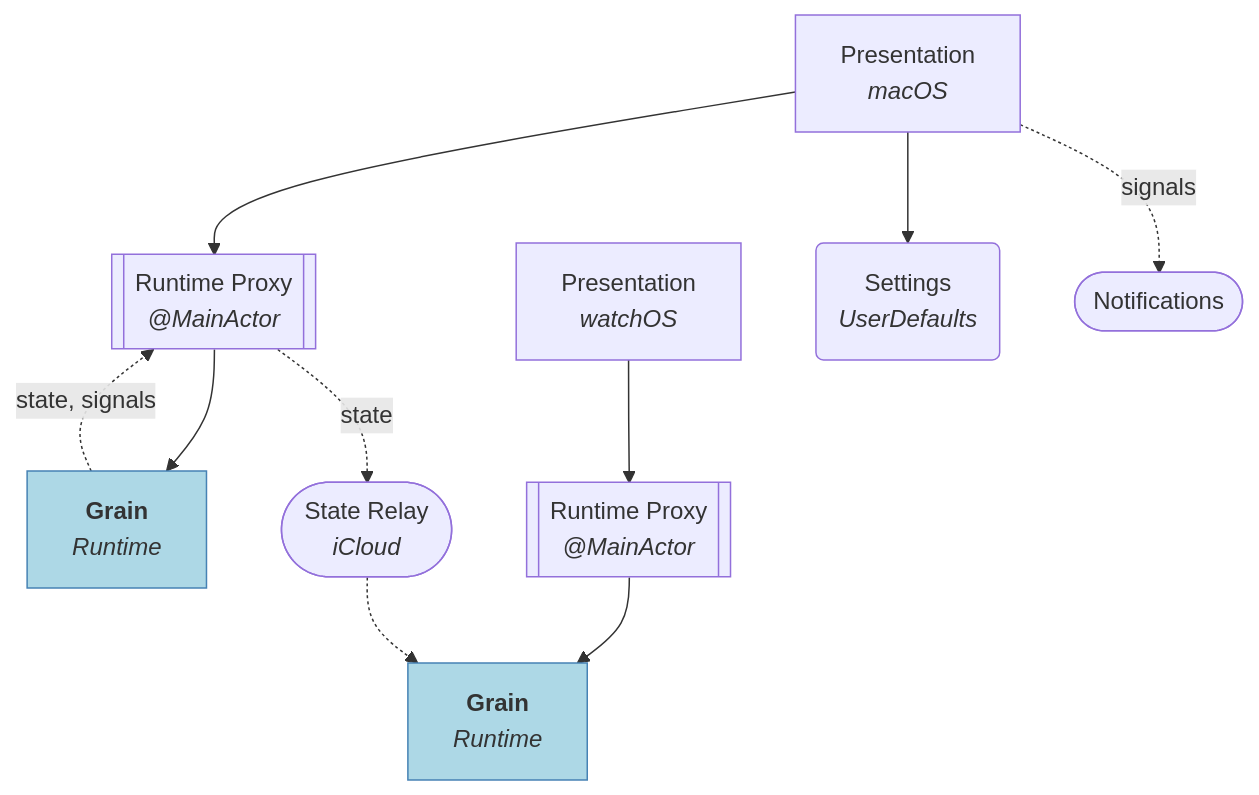
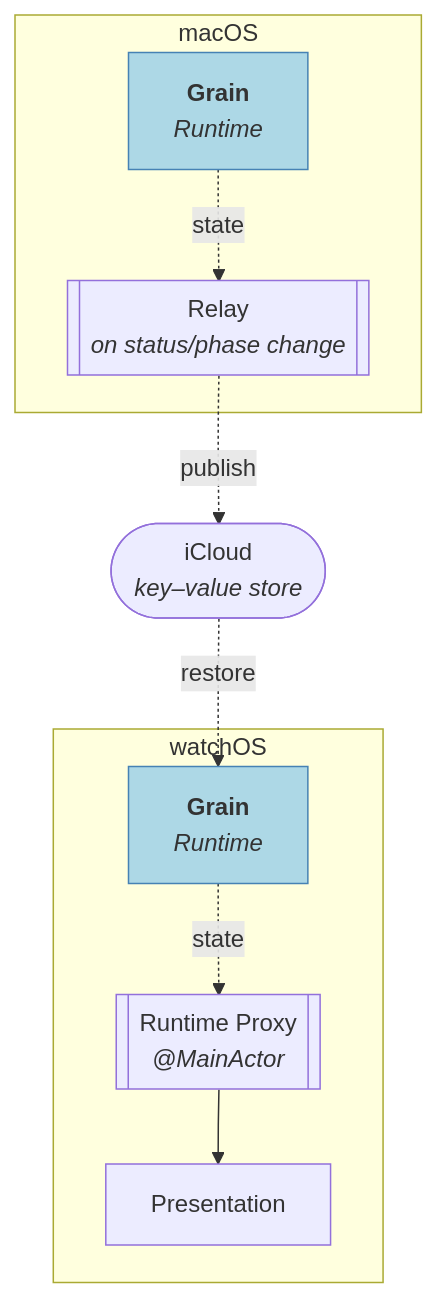
The second of 2 diagrams in CLAUDE.md (vitalydolgov/grain-desktop), drawn with Mermaid before and after one commit. The commit also changed other lines of this file and 1 other file, not shown here.

````diff
--- a/CLAUDE.md
+++ b/CLAUDE.md
@@ -20,29 +59,24 @@
 ```mermaid
 flowchart TD
-    DP["Presentation<br/><i>macOS</i>"]
-    DProxy[["Runtime Proxy<br/><i>@MainActor</i>"]]
-    DP --> DProxy
-    DProxy --> DGrain
-    DGrain -.->|state, signals| DProxy
+    subgraph macOS
+        DGrain["<b>Grain</b><br/><i>Runtime</i>"]
+        Relay[["Relay<br/><i>on status/phase change</i>"]]
+        DGrain -.->|state| Relay
+    end
 
-    WP["Presentation<br/><i>watchOS</i>"]
-    WProxy[["Runtime Proxy<br/><i>@MainActor</i>"]]
-    WP --> WProxy
-    WProxy --> WGrain
+    Cloud(["iCloud<br/><i>key–value store</i>"])
 
-    Relay(["State Relay<br/><i>iCloud</i>"])
-    DProxy -.->|state| Relay
-    Relay -.-> WGrain
-    
-    S("Settings<br/><i>UserDefaults</i>")
-    DP --> S
+    subgraph watchOS
+        WGrain["<b>Grain</b><br/><i>Runtime</i>"]
+        WProxy[["Runtime Proxy<br/><i>@MainActor</i>"]]
+        WP["Presentation"]
+        WGrain -.->|state| WProxy
+        WProxy --> WP
+    end
 
-    N(["Notifications"])
-    DP -.->|signals| N
-    
-    DGrain["<b>Grain</b><br/><i>Runtime</i>"]
-    WGrain["<b>Grain</b><br/><i>Runtime</i>"]
+    Relay -.->|publish| Cloud
+    Cloud -.->|restore| WGrain
 
     classDef grain fill:lightblue,stroke:steelblue
     class DGrain,WGrain grain
 ```
````
